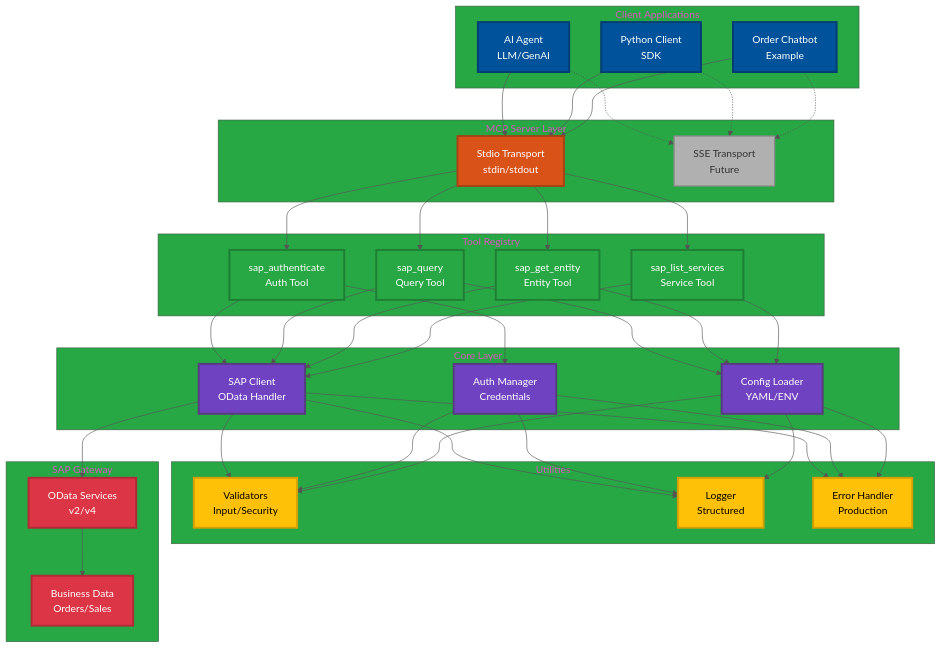
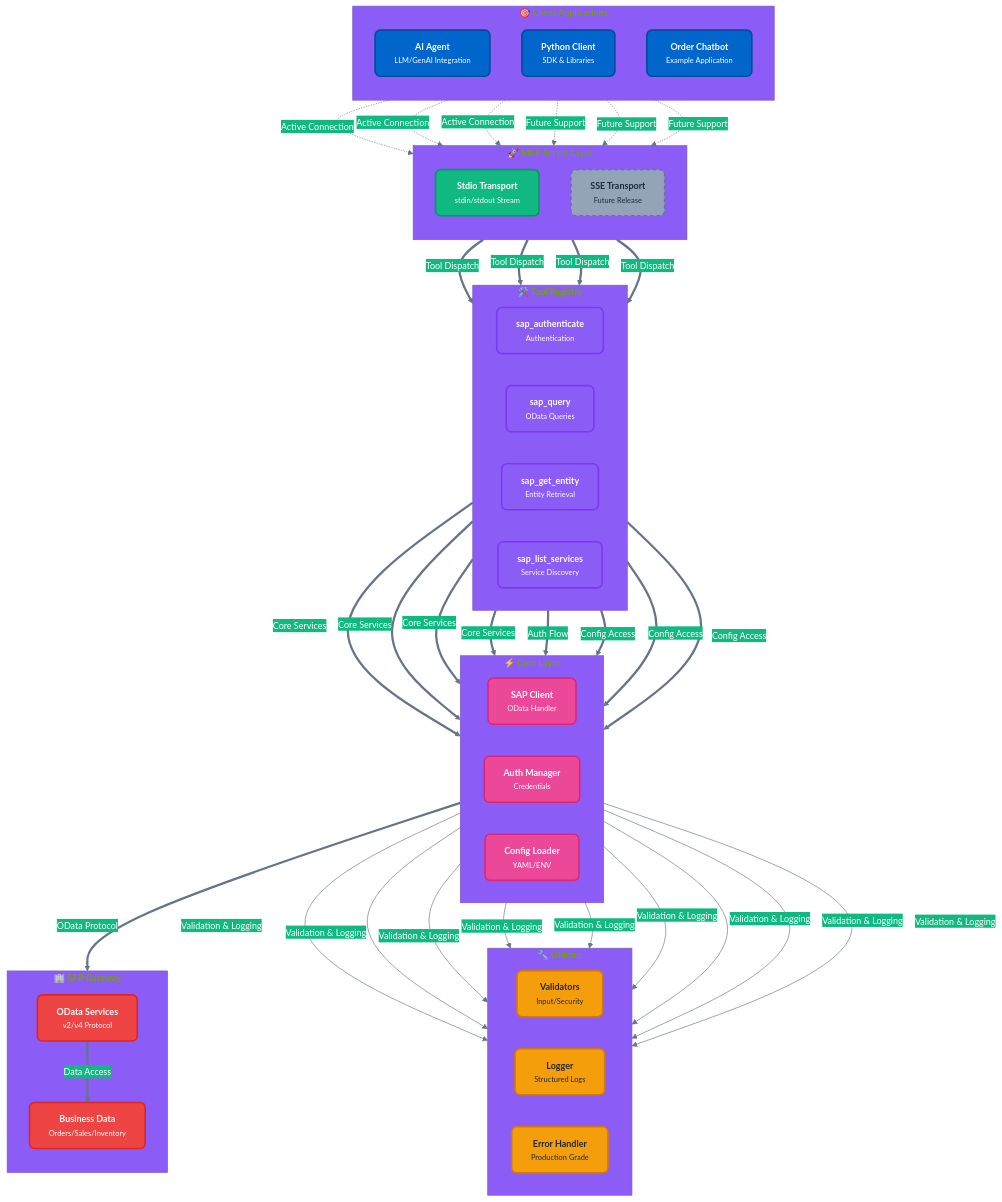
The first of 5 diagrams in README.md (midasol/sap-mcp-server), drawn with Mermaid before and after one commit. The commit also changed other lines of this file, not shown here.

````diff
--- a/README.md
+++ b/README.md
@@ -38,56 +38,62 @@
 ```mermaid
-%%{init: {'theme':'base', 'themeVariables': { 'primaryColor':'#00529B','primaryTextColor':'#FFFFFF','primaryBorderColor':'#003D73','lineColor':'#555555','secondaryColor':'#D95319','tertiaryColor':'#28A745'}}}%%
+%%{init: {'theme':'base', 'themeVariables': { 'primaryColor':'#0066CC','primaryTextColor':'#FFFFFF','primaryBorderColor':'#004C99','lineColor':'#64748B','secondaryColor':'#10B981','tertiaryColor':'#8B5CF6','fontSize':'14px','fontFamily':'system-ui, -apple-system, sans-serif'}}}%%
 graph TB
-    subgraph "Client Applications"
-        A1[AI Agent<br/>LLM/GenAI]:::clientNode
-        A2[Python Client<br/>SDK]:::clientNode
-        A3[Order Chatbot<br/>Example]:::clientNode
+    subgraph clients["<b>🎯 Client Applications</b>"]
+        direction TB
+        A1["<b>AI Agent</b><br/><small>LLM/GenAI Integration</small>"]:::clientNode
+        A2["<b>Python Client</b><br/><small>SDK & Libraries</small>"]:::clientNode
+        A3["<b>Order Chatbot</b><br/><small>Example Application</small>"]:::clientNode
     end
 
-    subgraph "MCP Server Layer"
-        B1[Stdio Transport<br/>stdin/stdout]:::transportNode
-        B2[SSE Transport<br/>Future]:::futureNode
+    subgraph transport["<b>🚀 MCP Server Layer</b>"]
+        direction TB
+        B1["<b>Stdio Transport</b><br/><small>stdin/stdout Stream</small>"]:::transportNode
+        B2["<b>SSE Transport</b><br/><small>Future Release</small>"]:::futureNode
     end
 
-    subgraph "Tool Registry"
-        C1[sap_authenticate<br/>Auth Tool]:::toolNode
-        C2[sap_query<br/>Query Tool]:::toolNode
-        C3[sap_get_entity<br/>Entity Tool]:::toolNode
-        C4[sap_list_services<br/>Service Tool]:::toolNode
+    subgraph registry["<b>🛠️ Tool Registry</b>"]
+        direction LR
+        C1["<b>sap_authenticate</b><br/><small>Authentication</small>"]:::toolNode
+        C2["<b>sap_query</b><br/><small>OData Queries</small>"]:::toolNode
+        C3["<b>sap_get_entity</b><br/><small>Entity Retrieval</small>"]:::toolNode
+        C4["<b>sap_list_services</b><br/><small>Service Discovery</small>"]:::toolNode
     end
 
-    subgraph "Core Layer"
-        D1[SAP Client<br/>OData Handler]:::coreNode
-        D2[Auth Manager<br/>Credentials]:::coreNode
-        D3[Config Loader<br/>YAML/ENV]:::coreNode
+    subgraph core["<b>⚡ Core Layer</b>"]
+        direction LR
+        D1["<b>SAP Client</b><br/><small>OData Handler</small>"]:::coreNode
+        D2["<b>Auth Manager</b><br/><small>Credentials</small>"]:::coreNode
+        D3["<b>Config Loader</b><br/><small>YAML/ENV</small>"]:::coreNode
     end
 
-    subgraph "Utilities"
-        E1[Validators<br/>Input/Security]:::utilNode
-        E2[Logger<br/>Structured]:::utilNode
-        E3[Error Handler<br/>Production]:::utilNode
+    subgraph utils["<b>🔧 Utilities</b>"]
+        direction LR
+        E1["<b>Validators</b><br/><small>Input/Security</small>"]:::utilNode
+        E2["<b>Logger</b><br/><small>Structured Logs</small>"]:::utilNode
+        E3["<b>Error Handler</b><br/><small>Production Grade</small>"]:::utilNode
     end
 
-    subgraph "SAP Gateway"
-        F1[OData Services<br/>v2/v4]:::sapNode
-        F2[Business Data<br/>Orders/Sales]:::sapNode
+    subgraph sap["<b>🏢 SAP Gateway</b>"]
+        direction TB
+        F1["<b>OData Services</b><br/><small>v2/v4 Protocol</small>"]:::sapNode
+        F2["<b>Business Data</b><br/><small>Orders/Sales/Inventory</small>"]:::sapNode
     end
 
-    A1 & A2 & A3 --> B1
-    A1 & A2 & A3 -.-> B2
-    B1 --> C1 & C2 & C3 & C4
-    C1 & C2 & C3 & C4 --> D1
-    C1 --> D2
-    C2 & C3 & C4 --> D3
-    D1 & D2 & D3 --> E1 & E2 & E3
-    D1 --> F1
-    F1 --> F2
+    A1 & A2 & A3 -.->|"Active Connection"| B1
+    A1 & A2 & A3 -.->|"Future Support"| B2
+    B1 ==>|"Tool Dispatch"| C1 & C2 & C3 & C4
+    C1 & C2 & C3 & C4 ==>|"Core Services"| D1
+    C1 ==>|"Auth Flow"| D2
+    C2 & C3 & C4 ==>|"Config Access"| D3
+    D1 & D2 & D3 -->|"Validation & Logging"| E1 & E2 & E3
+    D1 ==>|"OData Protocol"| F1
+    F1 ==>|"Data Access"| F2
 
-    classDef clientNode fill:#00529B,stroke:#003D73,stroke-width:3px,color:#FFFFFF
-    classDef transportNode fill:#D95319,stroke:#A74214,stroke-width:3px,color:#FFFFFF
-    classDef futureNode fill:#B0B0B0,stroke:#8C8C8C,stroke-width:2px,color:#333333
-    classDef toolNode fill:#28A745,stroke:#1E7E34,stroke-width:3px,color:#FFFFFF
-    classDef coreNode fill:#6F42C1,stroke:#563D7C,stroke-width:3px,color:#FFFFFF
-    classDef utilNode fill:#FFC107,stroke:#D39E00,stroke-width:3px,color:#000000
-    classDef sapNode fill:#DC3545,stroke:#B02A37,stroke-width:3px,color:#FFFFFF
+    classDef clientNode fill:#0066CC,stroke:#004C99,stroke-width:2.5px,color:#FFFFFF,rx:8,ry:8
+    classDef transportNode fill:#10B981,stroke:#059669,stroke-width:2.5px,color:#FFFFFF,rx:8,ry:8
+    classDef futureNode fill:#94A3B8,stroke:#64748B,stroke-width:2px,stroke-dasharray:5 5,color:#1E293B,rx:8,ry:8
+    classDef toolNode fill:#8B5CF6,stroke:#7C3AED,stroke-width:2.5px,color:#FFFFFF,rx:8,ry:8
+    classDef coreNode fill:#EC4899,stroke:#DB2777,stroke-width:2.5px,color:#FFFFFF,rx:8,ry:8
+    classDef utilNode fill:#F59E0B,stroke:#D97706,stroke-width:2.5px,color:#1F2937,rx:8,ry:8
+    classDef sapNode fill:#EF4444,stroke:#DC2626,stroke-width:2.5px,color:#FFFFFF,rx:8,ry:8
 ```
````
